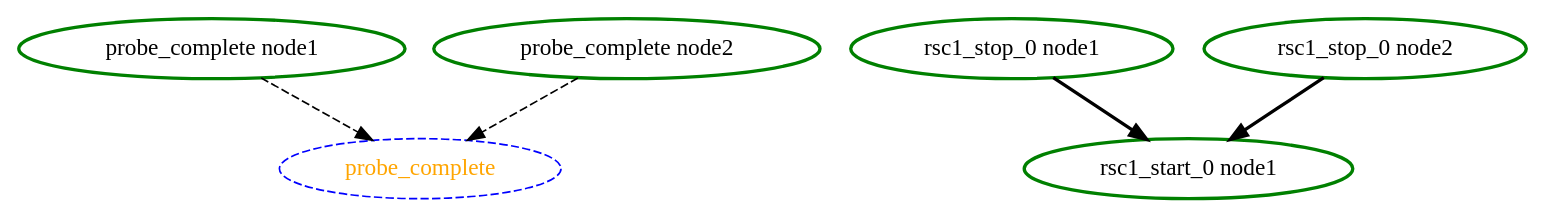
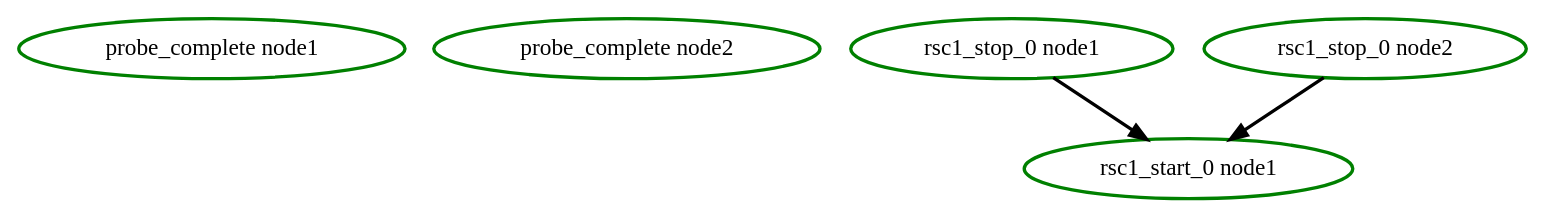
Before and after one commit to richiewen8/heartbeat: the diagram in crm/pengine/testcases/multi1.dot, drawn with Graphviz. The commit also changed 100 other files, not shown here.

```diff
--- a/crm/pengine/testcases/multi1.dot
+++ b/crm/pengine/testcases/multi1.dot
@@ -1,13 +1,10 @@
 digraph "g" {
 	size = "30,30"
-"probe_complete" [ style="dashed" color="blue" fontcolor="orange" ]
 "probe_complete node1" [ style=bold color="green" fontcolor="black" ]
 "probe_complete node2" [ style=bold color="green" fontcolor="black" ]
 "rsc1_stop_0 node1" [ style=bold color="green" fontcolor="black" ]
 "rsc1_stop_0 node2" [ style=bold color="green" fontcolor="black" ]
 "rsc1_start_0 node1" [ style=bold color="green" fontcolor="black" ]
-"probe_complete node1" -> "probe_complete" [ style = dashed]
-"probe_complete node2" -> "probe_complete" [ style = dashed]
 "rsc1_stop_0 node1" -> "rsc1_start_0 node1" [ style = bold]
 "rsc1_stop_0 node2" -> "rsc1_start_0 node1" [ style = bold]
 }
```
